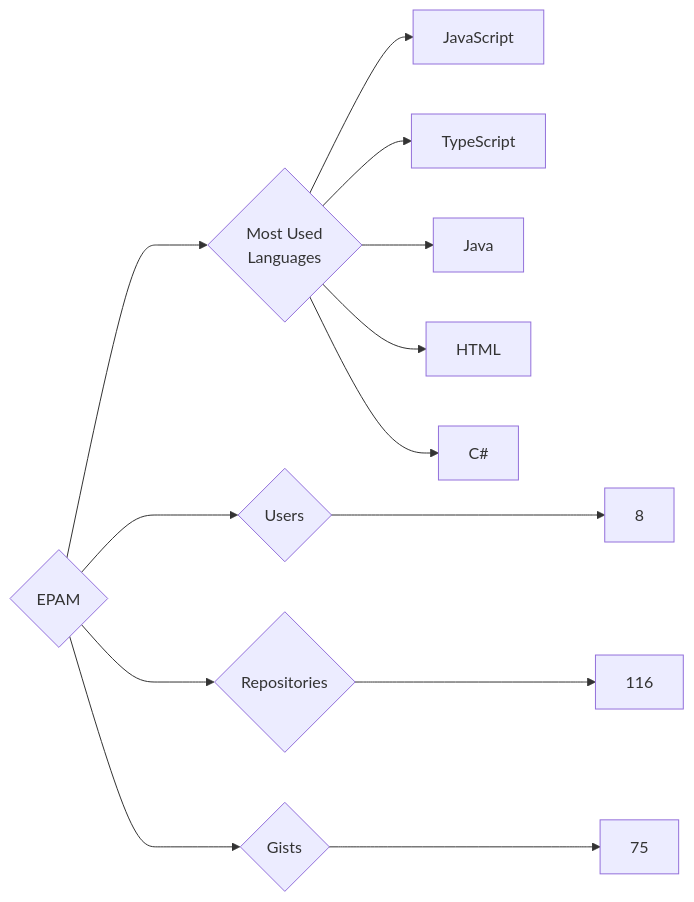
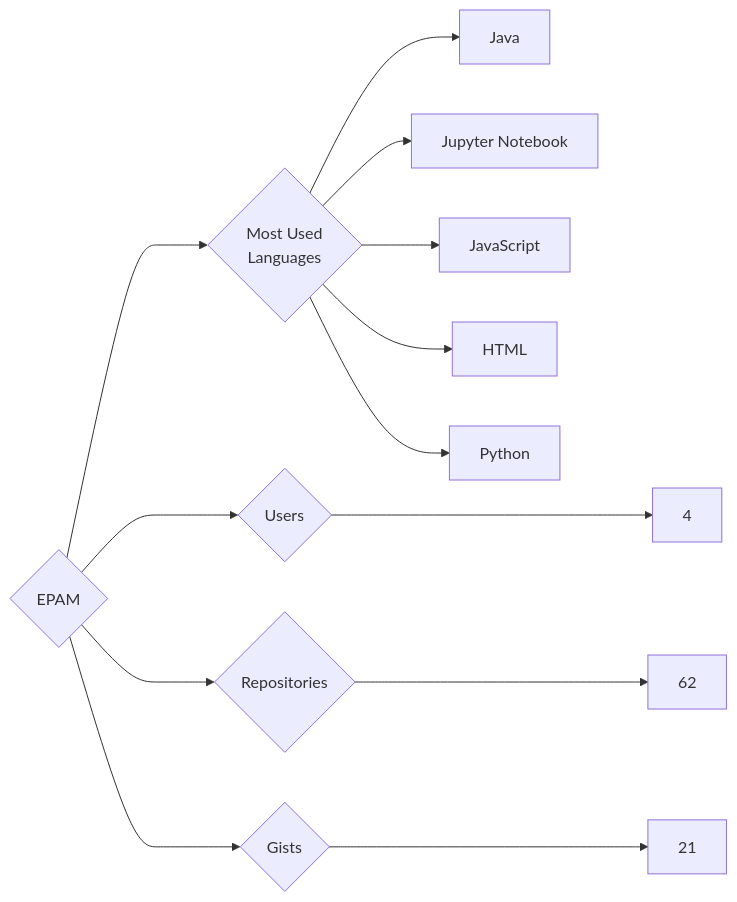
The diagram in targets/EPAM/README.md (trickest/insiders), drawn with Mermaid before and after one commit. The commit also changed 840 other files, not shown here.

````diff
--- a/targets/EPAM/README.md
+++ b/targets/EPAM/README.md
@@ -3,13 +3,13 @@
 ```mermaid
 graph LR
 COMPANY_NAME{EPAM}
-COMPANY_NAME ---> U{Users} ---> UN[8]
-COMPANY_NAME ---> R{Repositories} ---> RN[116]
-COMPANY_NAME ---> G{Gists} ---> GN[75]
+COMPANY_NAME ---> U{Users} ---> UN[4]
+COMPANY_NAME ---> R{Repositories} ---> RN[62]
+COMPANY_NAME ---> G{Gists} ---> GN[21]
 COMPANY_NAME ---> ML{Most Used<br>Languages}
+ML --> Java[Java]
+ML --> Jupyter_Notebook[Jupyter Notebook]
 ML --> JavaScript[JavaScript]
-ML --> TypeScript[TypeScript]
-ML --> Java[Java]
 ML --> HTML[HTML]
-ML --> C#[C#]
+ML --> Python[Python]
 ```
````
